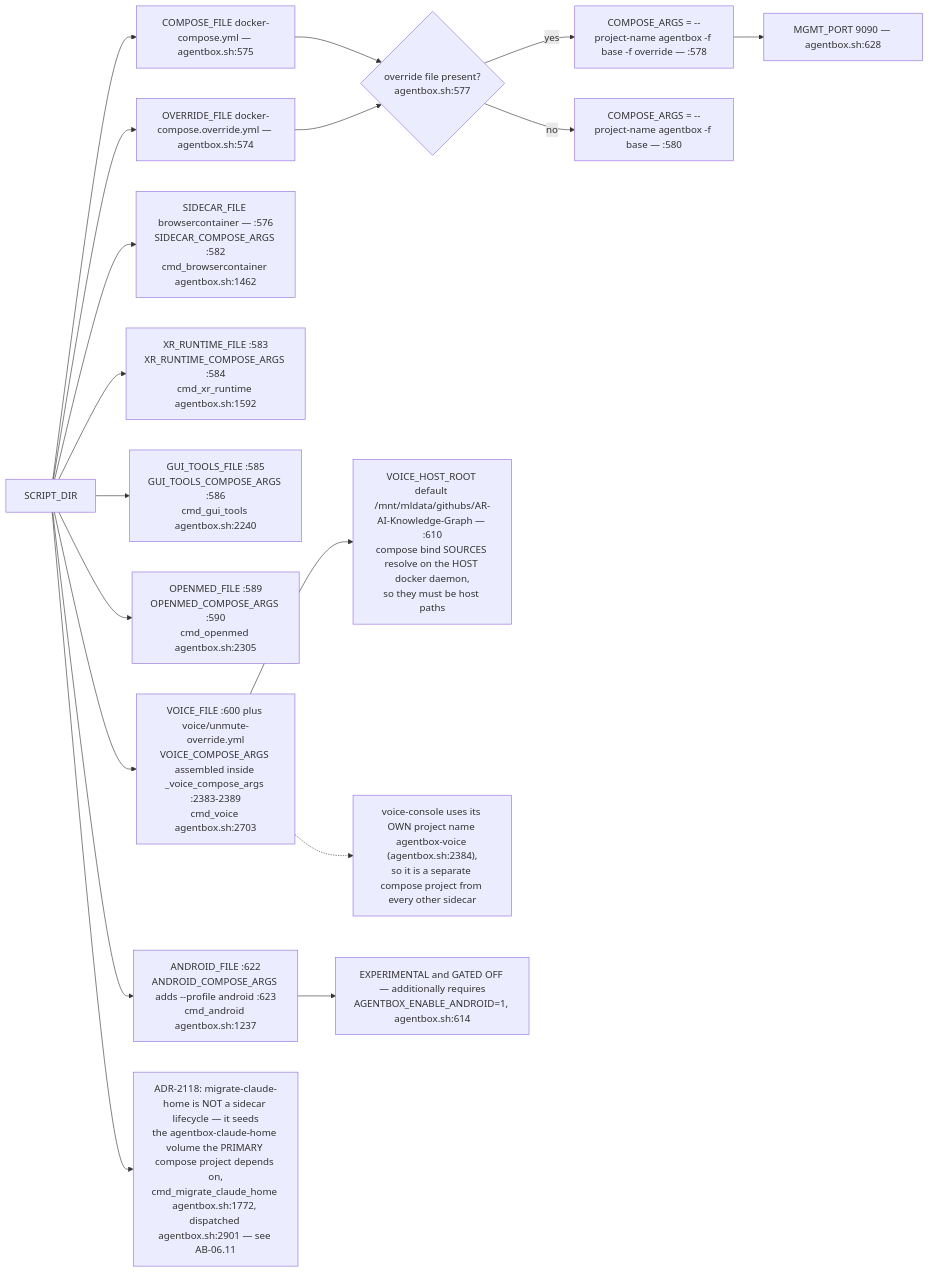
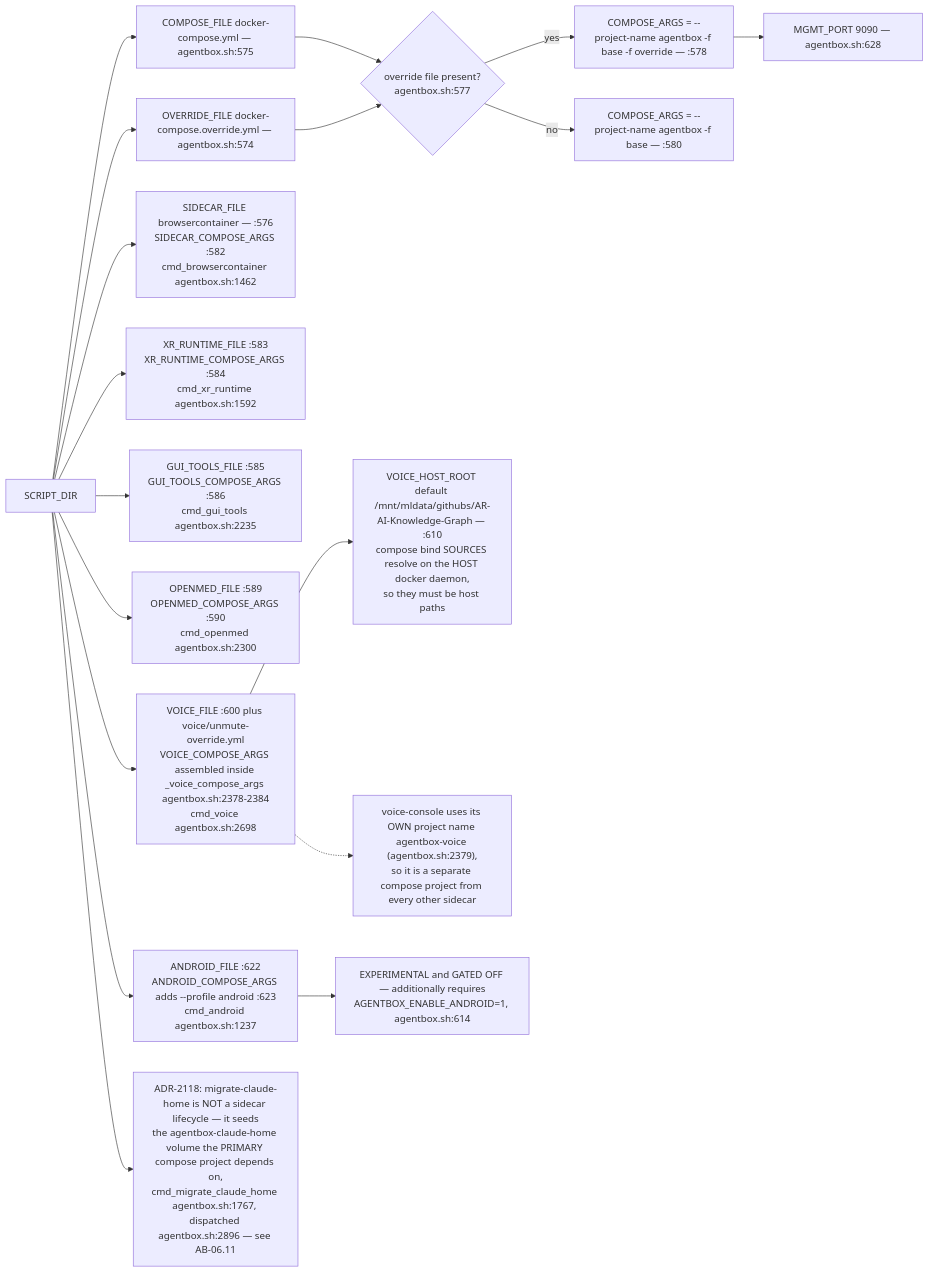
One commit to DreamLab-AI/VisionFlow changed the sixth of 14 diagrams in docs/diagrams/agentbox/06-sidecars-and-compose-overlays.md. Above: the diagram before and after it, drawn with Mermaid. The commit also changed other lines of this file and 7 other files, not shown here.

````diff
--- a/docs/diagrams/agentbox/06-sidecars-and-compose-overlays.md
+++ b/docs/diagrams/agentbox/06-sidecars-and-compose-overlays.md
@@ -200,20 +201,20 @@
 ```mermaid
 flowchart LR
     SD["SCRIPT_DIR"] --> A1["COMPOSE_FILE docker-compose.yml — agentbox.sh:575"]
     SD --> A2["OVERRIDE_FILE docker-compose.override.yml — agentbox.sh:574"]
     A1 --> CA{"override file present?<br/>agentbox.sh:577"}
     A2 --> CA
     CA -->|yes| CA1["COMPOSE_ARGS = --project-name agentbox -f base -f override — :578"]
     CA -->|no| CA2["COMPOSE_ARGS = --project-name agentbox -f base — :580"]
     SD --> S1["SIDECAR_FILE browsercontainer — :576<br/>SIDECAR_COMPOSE_ARGS :582<br/>cmd_browsercontainer agentbox.sh:1462"]
     SD --> S2["XR_RUNTIME_FILE :583<br/>XR_RUNTIME_COMPOSE_ARGS :584<br/>cmd_xr_runtime agentbox.sh:1592"]
-    SD --> S3["GUI_TOOLS_FILE :585<br/>GUI_TOOLS_COMPOSE_ARGS :586<br/>cmd_gui_tools agentbox.sh:2240"]
-    SD --> S4["OPENMED_FILE :589<br/>OPENMED_COMPOSE_ARGS :590<br/>cmd_openmed agentbox.sh:2305"]
-    SD --> S5["VOICE_FILE :600 plus voice/unmute-override.yml<br/>VOICE_COMPOSE_ARGS assembled inside _voice_compose_args :2383-2389<br/>cmd_voice agentbox.sh:2703"]
+    SD --> S3["GUI_TOOLS_FILE :585<br/>GUI_TOOLS_COMPOSE_ARGS :586<br/>cmd_gui_tools agentbox.sh:2235"]
+    SD --> S4["OPENMED_FILE :589<br/>OPENMED_COMPOSE_ARGS :590<br/>cmd_openmed agentbox.sh:2300"]
+    SD --> S5["VOICE_FILE :600 plus voice/unmute-override.yml<br/>VOICE_COMPOSE_ARGS assembled inside _voice_compose_args agentbox.sh:2378-2384<br/>cmd_voice agentbox.sh:2698"]
     SD --> S6["ANDROID_FILE :622<br/>ANDROID_COMPOSE_ARGS adds --profile android :623<br/>cmd_android agentbox.sh:1237"]
     S5 --> VH["VOICE_HOST_ROOT default /mnt/mldata/githubs/AR-AI-Knowledge-Graph — :610<br/>compose bind SOURCES resolve on the HOST docker daemon,<br/>so they must be host paths"]
     S6 --> AG["EXPERIMENTAL and GATED OFF — additionally requires<br/>AGENTBOX_ENABLE_ANDROID=1, agentbox.sh:614"]
     CA1 --> MGMT["MGMT_PORT 9090 — agentbox.sh:628"]
-    S5 -.-> VNOTE["voice-console uses its OWN project name agentbox-voice (agentbox.sh:2384),<br/>so it is a separate compose project from every other sidecar"]
-    SD --> S7["ADR-2118: migrate-claude-home is NOT a sidecar lifecycle — it seeds<br/>the agentbox-claude-home volume the PRIMARY compose project depends on,<br/>cmd_migrate_claude_home agentbox.sh:1772, dispatched agentbox.sh:2901 — see AB-06.11"]
+    S5 -.-> VNOTE["voice-console uses its OWN project name agentbox-voice (agentbox.sh:2379),<br/>so it is a separate compose project from every other sidecar"]
+    SD --> S7["ADR-2118: migrate-claude-home is NOT a sidecar lifecycle — it seeds<br/>the agentbox-claude-home volume the PRIMARY compose project depends on,<br/>cmd_migrate_claude_home agentbox.sh:1767, dispatched agentbox.sh:2896 — see AB-06.11"]
 ```
````
